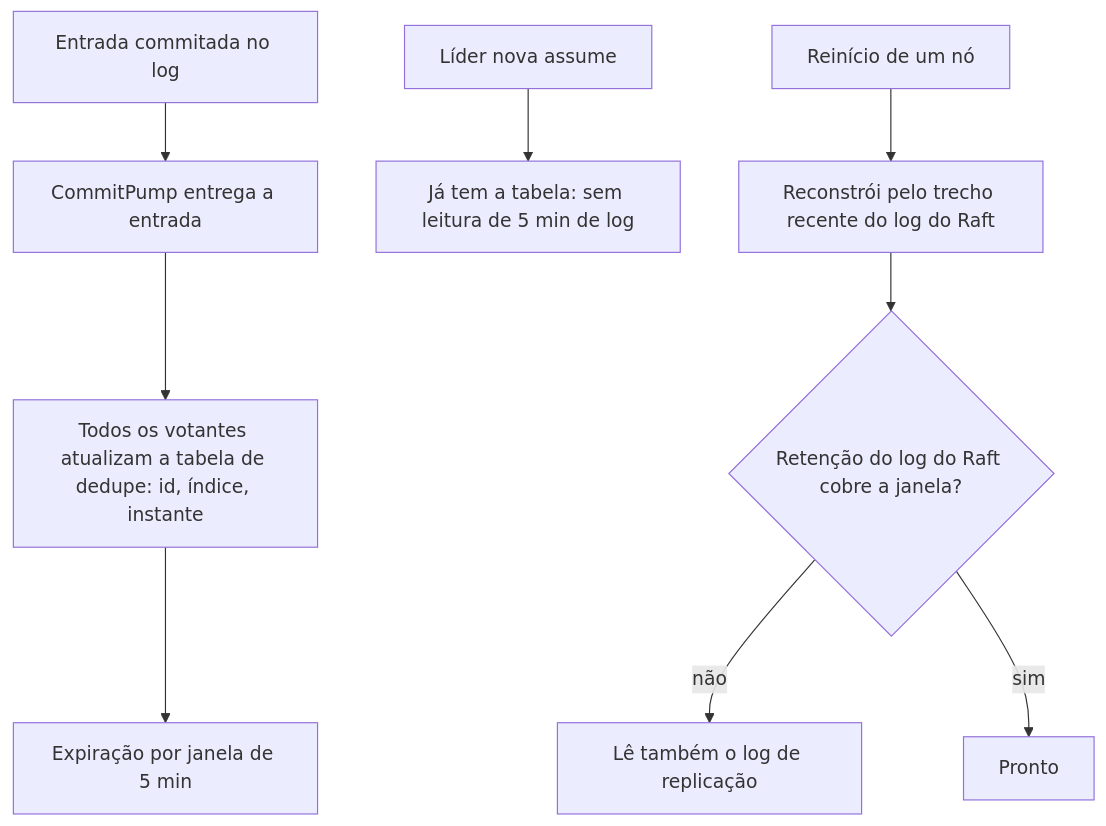
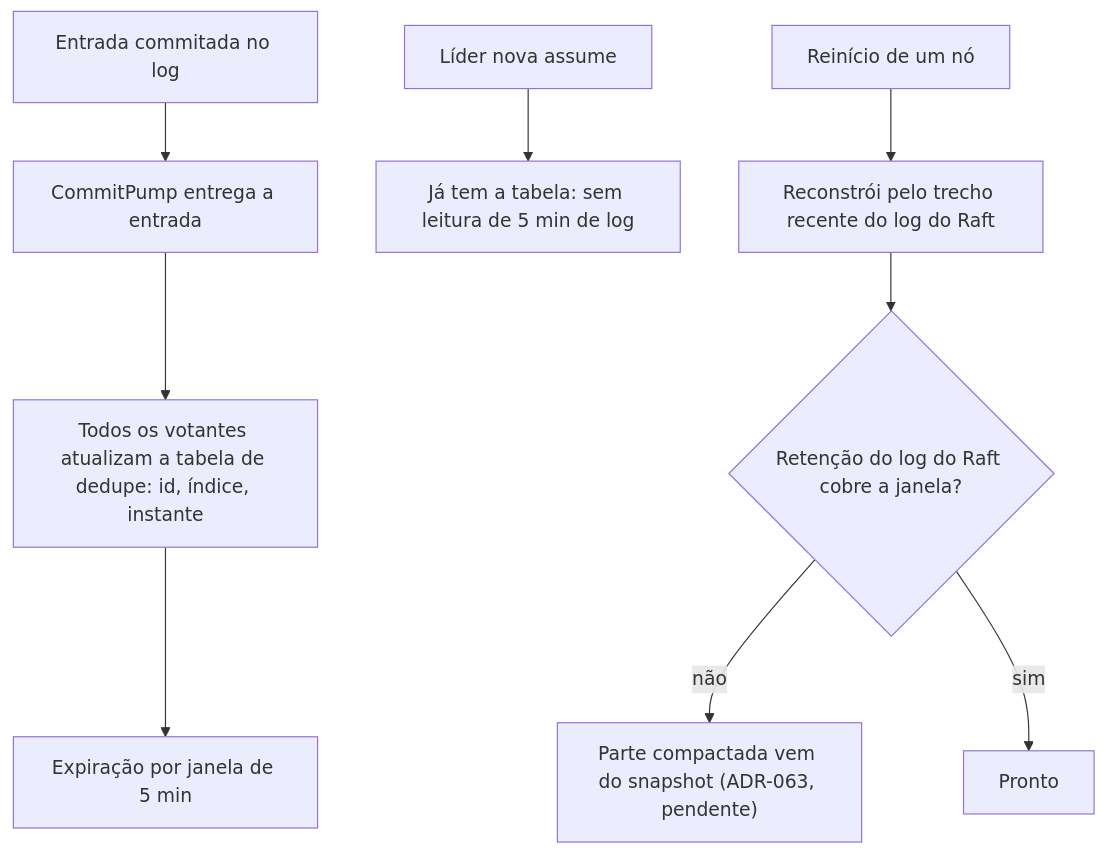
Before and after one commit to brbarmex/k: the diagram in doc/02_cenarios/a_rever/R22-memoria-da-janela-de-dedupe.md, drawn with Mermaid. The commit also changed other lines of this file and 197 other files, not shown here.

First line of the commit message:
Remove o log de replicação (replog) e todas as menções

````diff
--- a/doc/02_cenarios/a_rever/R22-memoria-da-janela-de-dedupe.md
+++ b/doc/02_cenarios/a_rever/R22-memoria-da-janela-de-dedupe.md
@@ -13,11 +13,11 @@
 ```mermaid
 flowchart TD
     A["Entrada commitada no log"] --> B["CommitPump entrega a entrada"]
     B --> C["Todos os votantes atualizam a tabela de dedupe: id, índice, instante"]
     C --> D["Expiração por janela de 5 min"]
     E["Líder nova assume"] --> F["Já tem a tabela: sem leitura de 5 min de log"]
     G["Reinício de um nó"] --> H["Reconstrói pelo trecho recente do log do Raft"]
     H --> I{"Retenção do log do Raft cobre a janela?"}
-    I -->|"não"| J["Lê também o log de replicação"]
+    I -->|"não"| J["Parte compactada vem do snapshot (ADR-063, pendente)"]
     I -->|"sim"| K["Pronto"]
 ```
````
